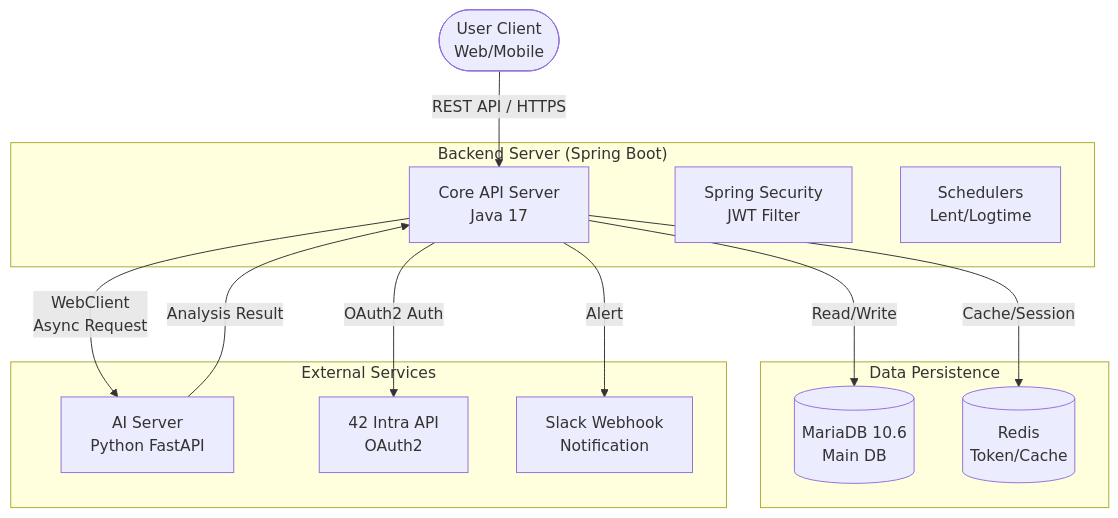
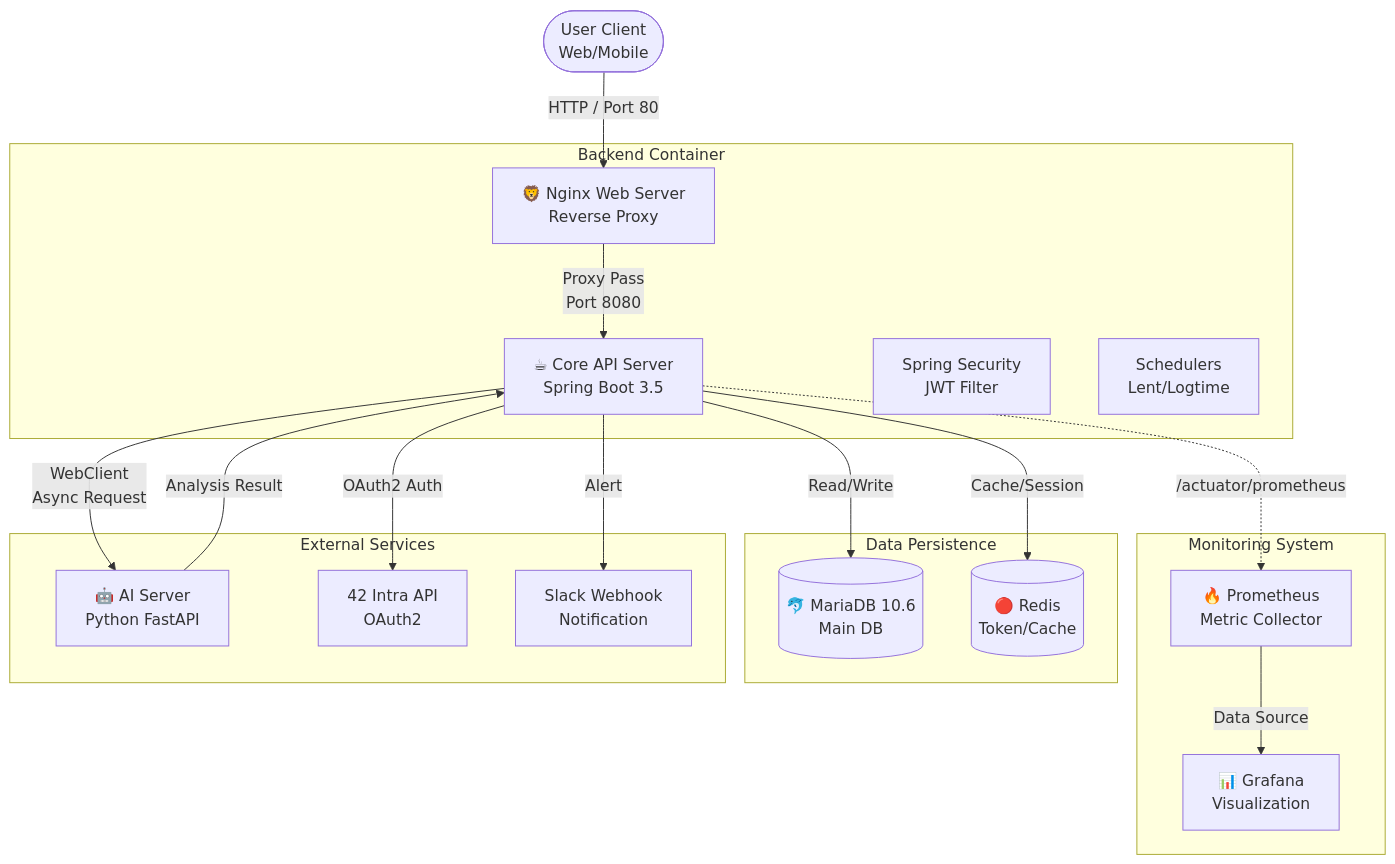
One commit to farmer0010/ft_transcendence changed the first of 7 diagrams in backend/README.md. Above: the diagram before and after it, drawn with Mermaid. The commit also changed other lines of this file, not shown here.

First line of the commit message:
Revise README for Docker and Monitoring System

````diff
--- a/backend/README.md
+++ b/backend/README.md
@@ -12,35 +13,42 @@
 ```mermaid
 graph TD
-    %% 클라이언트 계층
-    Client([User Client<br>Web/Mobile]) -->|REST API / HTTPS| SpringBoot
+    %% 클라이언트 및 진입점
+    Client([User Client<br>Web/Mobile]) -->|HTTP / Port 80| Nginx[🦁 Nginx Web Server<br>Reverse Proxy]
     
-    %% 백엔드 계층
-    subgraph "Backend Server (Spring Boot)"
-        SpringBoot[Core API Server<br>Java 17]
+    %% 백엔드 영역
+    subgraph "Backend Container"
+        Nginx -->|Proxy Pass<br>Port 8080| SpringBoot[☕ Core API Server<br>Spring Boot 3.5]
         Security[Spring Security<br>JWT Filter]
         Scheduler[Schedulers<br>Lent/Logtime]
     end
 
-    %% 데이터 계층
-    subgraph "Data Persistence"
-        MariaDB[(MariaDB 10.6<br>Main DB)]
-        Redis[(Redis<br>Token/Cache)]
+    %% 모니터링 영역 (New)
+    subgraph "Monitoring System"
+        Prometheus[🔥 Prometheus<br>Metric Collector]
+        Grafana[📊 Grafana<br>Visualization]
+        
+        SpringBoot -.->|/actuator/prometheus| Prometheus
+        Prometheus -->|Data Source| Grafana
     end
 
-    %% 외부 서비스 계층
+    %% 데이터 영역
+    subgraph "Data Persistence"
+        MariaDB[(🐬 MariaDB 10.6<br>Main DB)]
+        Redis[(🔴 Redis<br>Token/Cache)]
+    end
+
+    %% 외부 서비스
     subgraph "External Services"
-        AI_Server[AI Server<br>Python FastAPI]
+        AI_Server[🤖 AI Server<br>Python FastAPI]
         Intra_API[42 Intra API<br>OAuth2]
         Slack[Slack Webhook<br>Notification]
     end
 
     %% 연결 관계
     SpringBoot -->|Read/Write| MariaDB
     SpringBoot -->|Cache/Session| Redis
-    
     SpringBoot -->|WebClient<br>Async Request| AI_Server
     AI_Server -->|Analysis Result| SpringBoot
-    
     SpringBoot -->|OAuth2 Auth| Intra_API
     SpringBoot -->|Alert| Slack
 ```
````
